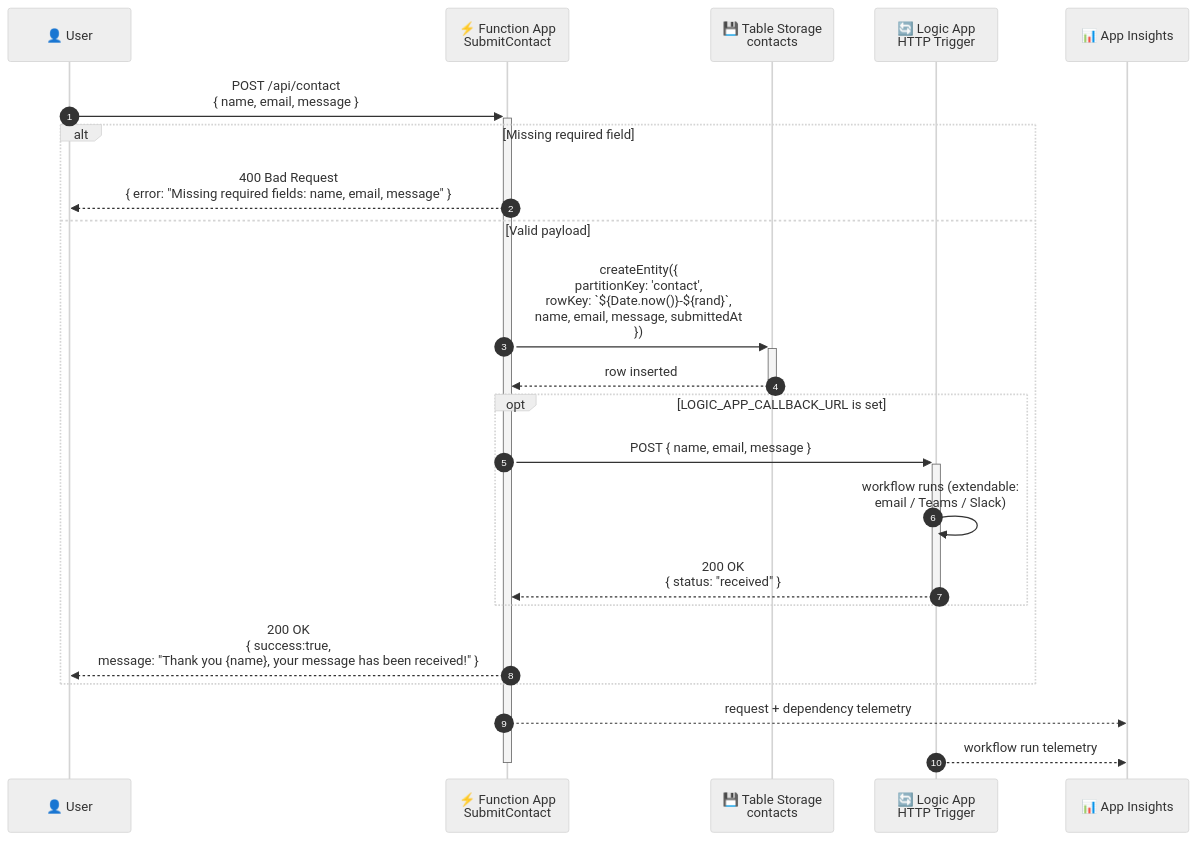
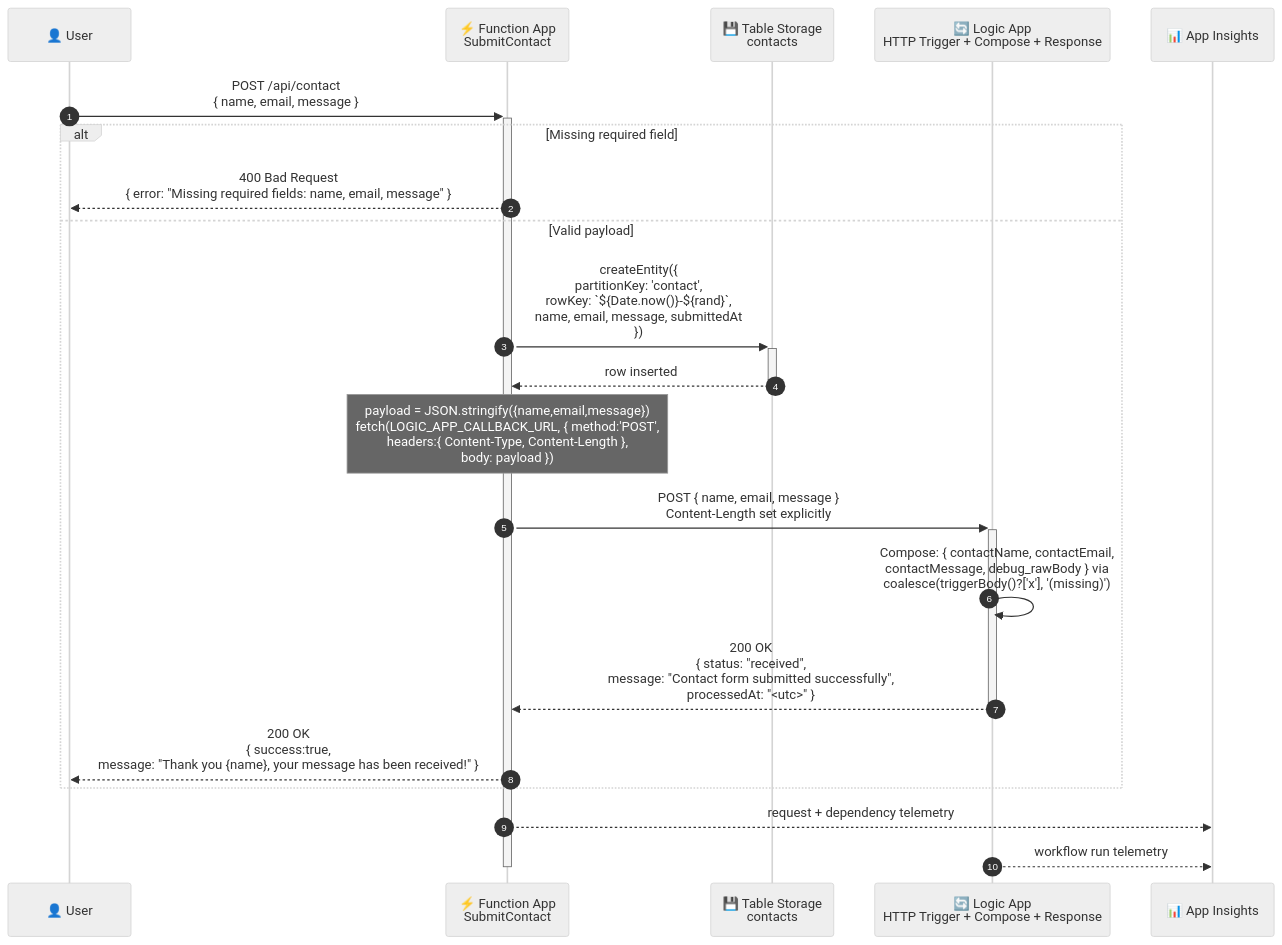
One commit to ganguly298/Portfolio-project changed the fourth of 7 diagrams in README.md. Above: the diagram before and after it, drawn with Mermaid (neutral theme). The commit also changed other lines of this file and 4 other files, not shown here.

First line of the commit message:
Wire Logic App callback URL into Function App + fix HTTP body parsing

````diff
--- a/README.md
+++ b/README.md
@@ -357,28 +361,27 @@
 ```mermaid
 sequenceDiagram
     autonumber
     participant U as 👤 User
     participant F as ⚡ Function App<br/>SubmitContact
     participant T as 💾 Table Storage<br/>contacts
-    participant L as 🔄 Logic App<br/>HTTP Trigger
+    participant L as 🔄 Logic App<br/>HTTP Trigger + Compose + Response
     participant AI as 📊 App Insights
 
     U->>+F: POST /api/contact<br/>{ name, email, message }
 
     alt Missing required field
         F-->>U: 400 Bad Request<br/>{ error: "Missing required fields: name, email, message" }
     else Valid payload
         F->>+T: createEntity({<br/>  partitionKey: 'contact',<br/>  rowKey: `${Date.now()}-${rand}`,<br/>  name, email, message, submittedAt<br/>})
         T-->>-F: row inserted
-        opt LOGIC_APP_CALLBACK_URL is set
-            F->>+L: POST { name, email, message }
-            L->>L: workflow runs (extendable:<br/>email / Teams / Slack)
-            L-->>-F: 200 OK<br/>{ status: "received" }
-        end
+        Note over F: payload = JSON.stringify({name,email,message})<br/>fetch(LOGIC_APP_CALLBACK_URL, { method:'POST',<br/>headers:{ Content-Type, Content-Length },<br/>body: payload })
+        F->>+L: POST { name, email, message }<br/>Content-Length set explicitly
+        L->>L: Compose: { contactName, contactEmail,<br/>contactMessage, debug_rawBody } via<br/>coalesce(triggerBody()?['x'], '(missing)')
+        L-->>-F: 200 OK<br/>{ status: "received",<br/>  message: "Contact form submitted successfully",<br/>  processedAt: "<utc>" }
         F-->>U: 200 OK<br/>{ success:true,<br/>  message: "Thank you {name}, your message has been received!" }
     end
 
     F-->>AI: request + dependency telemetry
     L-->>AI: workflow run telemetry
     deactivate F
 ```
````
